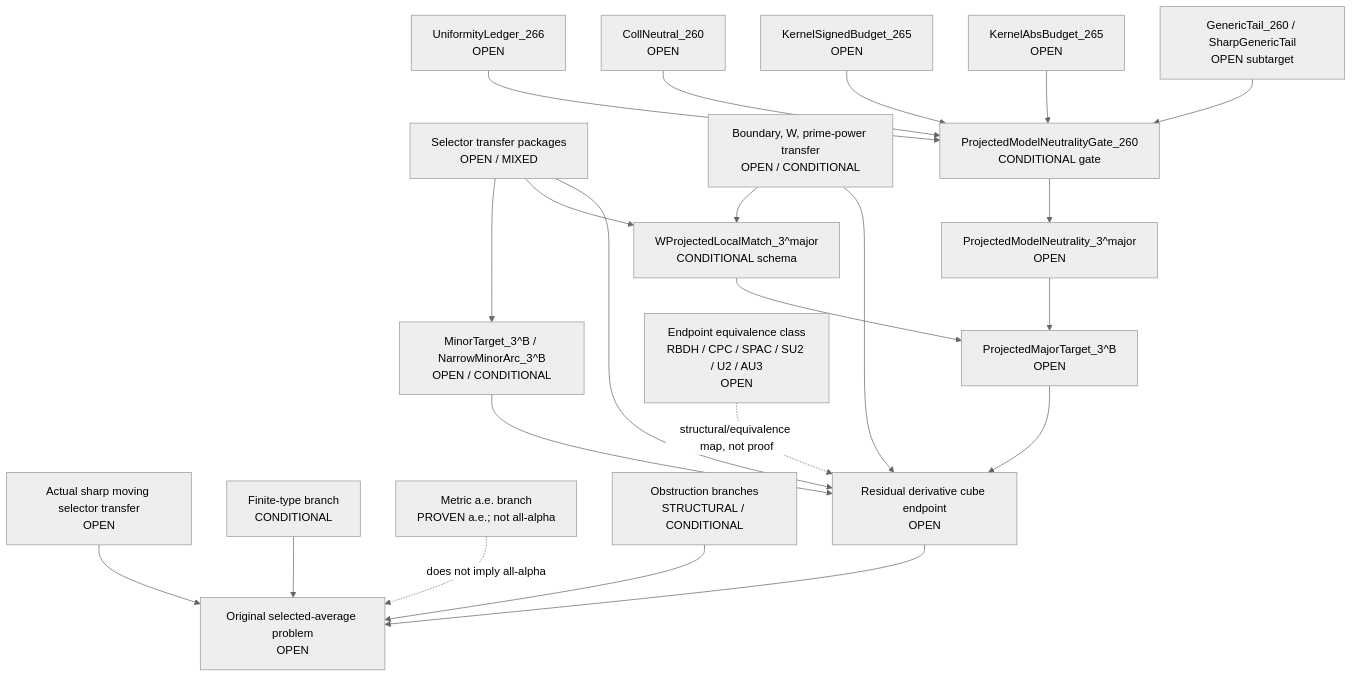
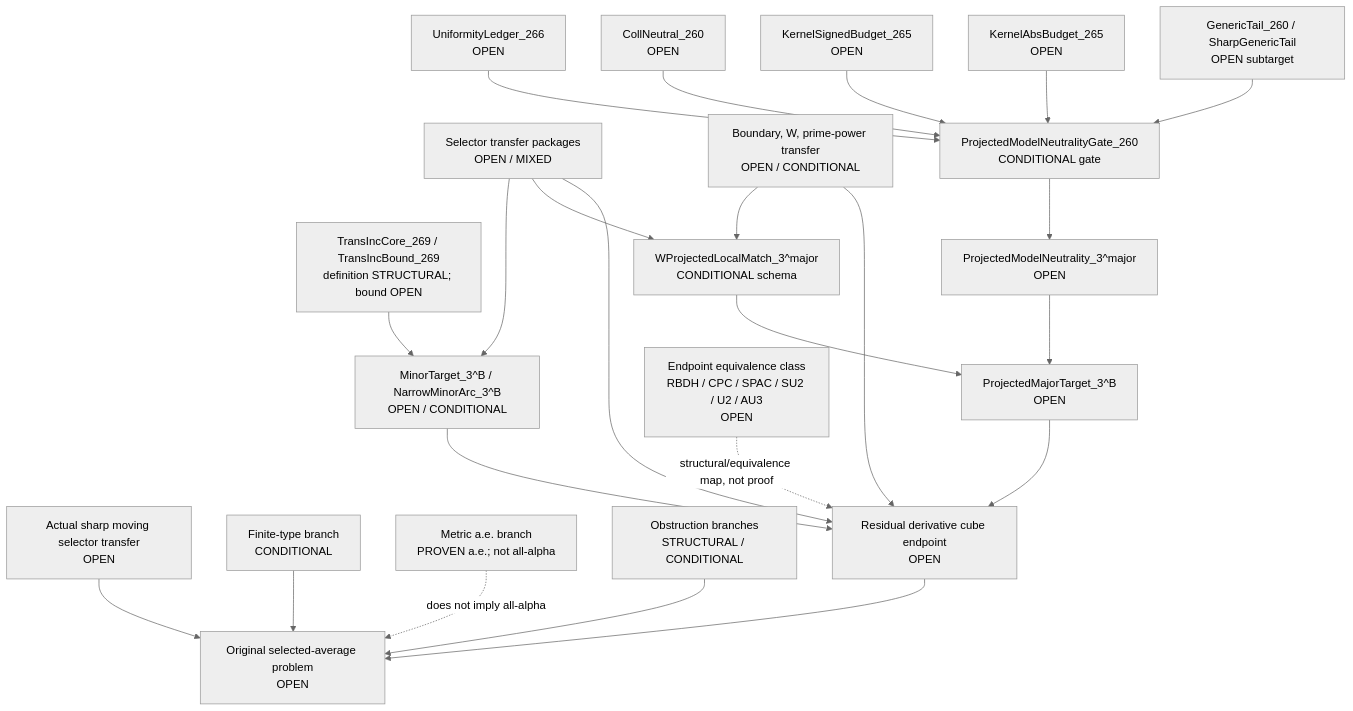
The diagram in docs/modules/dependency_graph.md (flaritycat/PrimeResonanceGap), drawn with Mermaid (neutral theme) before and after one commit. The commit also changed 9 other files, not shown here.

````diff
--- a/docs/modules/dependency_graph.md
+++ b/docs/modules/dependency_graph.md
@@ -7,51 +7,53 @@
 ```mermaid
 flowchart TD
   Original["Original selected-average problem<br/>OPEN"]
   SharpSel["Actual sharp moving selector transfer<br/>OPEN"]
   FiniteType["Finite-type branch<br/>CONDITIONAL"]
   Metric["Metric a.e. branch<br/>PROVEN a.e.; not all-alpha"]
   Obstruction["Obstruction branches<br/>STRUCTURAL / CONDITIONAL"]
 
   ResCube["Residual derivative cube endpoint<br/>OPEN"]
   MajorTarget["ProjectedMajorTarget_3^B<br/>OPEN"]
   MinorTarget["MinorTarget_3^B / NarrowMinorArc_3^B<br/>OPEN / CONDITIONAL"]
+  TransInc["TransIncCore_269 / TransIncBound_269<br/>definition STRUCTURAL; bound OPEN"]
   SelectorTransfer["Selector transfer packages<br/>OPEN / MIXED"]
   BoundaryTransfer["Boundary, W, prime-power transfer<br/>OPEN / CONDITIONAL"]
 
   WLocal["WProjectedLocalMatch_3^major<br/>CONDITIONAL schema"]
   ModelNeutral["ProjectedModelNeutrality_3^major<br/>OPEN"]
   PMNGate["ProjectedModelNeutralityGate_260<br/>CONDITIONAL gate"]
   GenericTail["GenericTail_260 / SharpGenericTail<br/>OPEN subtarget"]
   KernelAbs["KernelAbsBudget_265<br/>OPEN"]
   KernelSigned["KernelSignedBudget_265<br/>OPEN"]
   CollNeutral["CollNeutral_260<br/>OPEN"]
   Uniformity["UniformityLedger_266<br/>OPEN"]
 
   EndpointClass["Endpoint equivalence class<br/>RBDH / CPC / SPAC / SU2 / U2 / AU3<br/>OPEN"]
 
   SharpSel --> Original
   FiniteType --> Original
   Obstruction --> Original
   ResCube --> Original
   Metric -. "does not imply all-alpha" .-> Original
 
   MajorTarget --> ResCube
   MinorTarget --> ResCube
+  TransInc --> MinorTarget
   SelectorTransfer --> ResCube
   BoundaryTransfer --> ResCube
   EndpointClass -. "structural/equivalence map, not proof" .-> ResCube
 
   WLocal --> MajorTarget
   ModelNeutral --> MajorTarget
 
   PMNGate --> ModelNeutral
   GenericTail --> PMNGate
   KernelAbs --> PMNGate
   KernelSigned --> PMNGate
   CollNeutral --> PMNGate
   Uniformity --> PMNGate
 
   BoundaryTransfer --> WLocal
   SelectorTransfer --> WLocal
   SelectorTransfer --> MinorTarget
 ```
````
